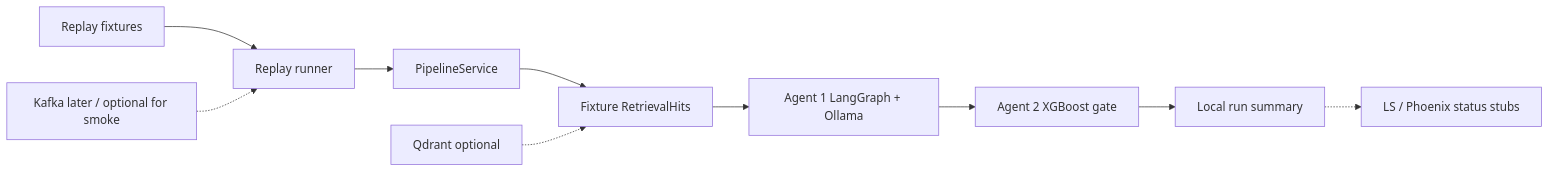
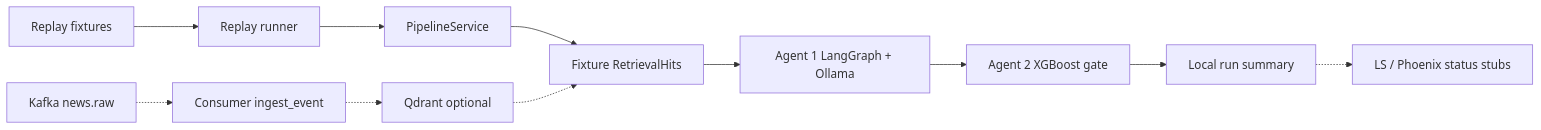
One commit to Alpha-W0lf/alphaguard changed the diagram in README.md. Above: the diagram before and after it, drawn with Mermaid. The commit also changed other lines of this file and 24 other files, not shown here.

````diff
--- a/README.md
+++ b/README.md
@@ -31,12 +41,13 @@
 ```mermaid
 flowchart LR
   FIX[Replay fixtures] --> REPLAY[Replay runner]
   REPLAY --> PIPE[PipelineService]
   PIPE --> HITS[Fixture RetrievalHits]
   HITS --> A1[Agent 1 LangGraph + Ollama]
   A1 --> A2[Agent 2 XGBoost gate]
   A2 --> LOCAL[Local run summary]
   LOCAL -.-> LS[LS / Phoenix status stubs]
   QDR[Qdrant optional] -.-> HITS
-  KFK[Kafka later / optional for smoke] -.-> REPLAY
+  KFK[Kafka news.raw] -.-> CONS[Consumer ingest_event]
+  CONS -.-> QDR
 ```
````
